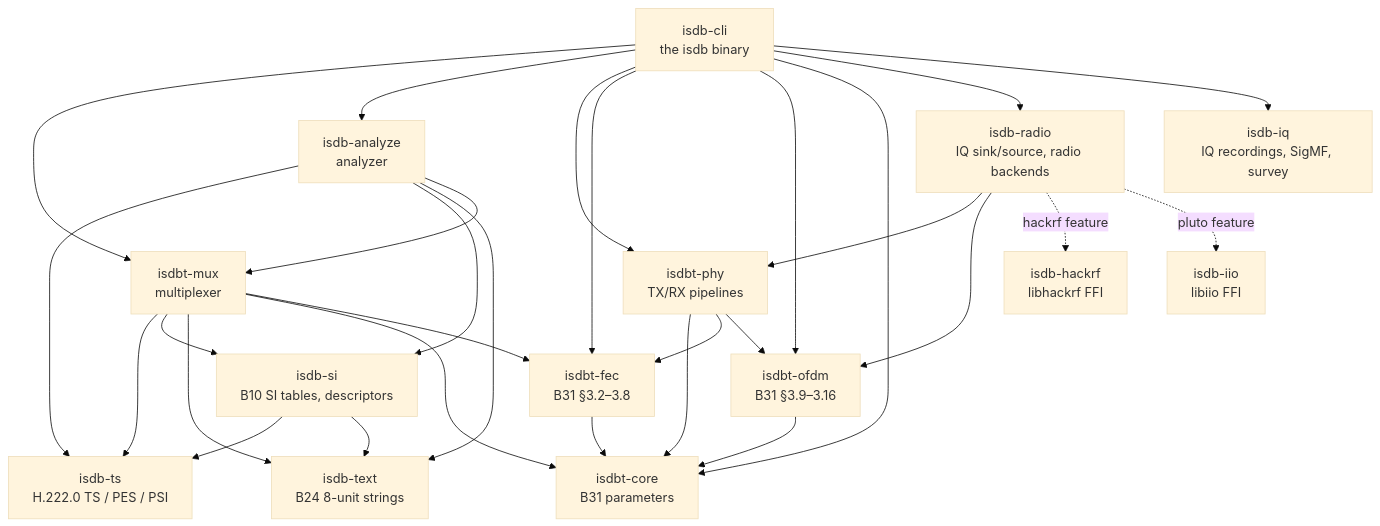
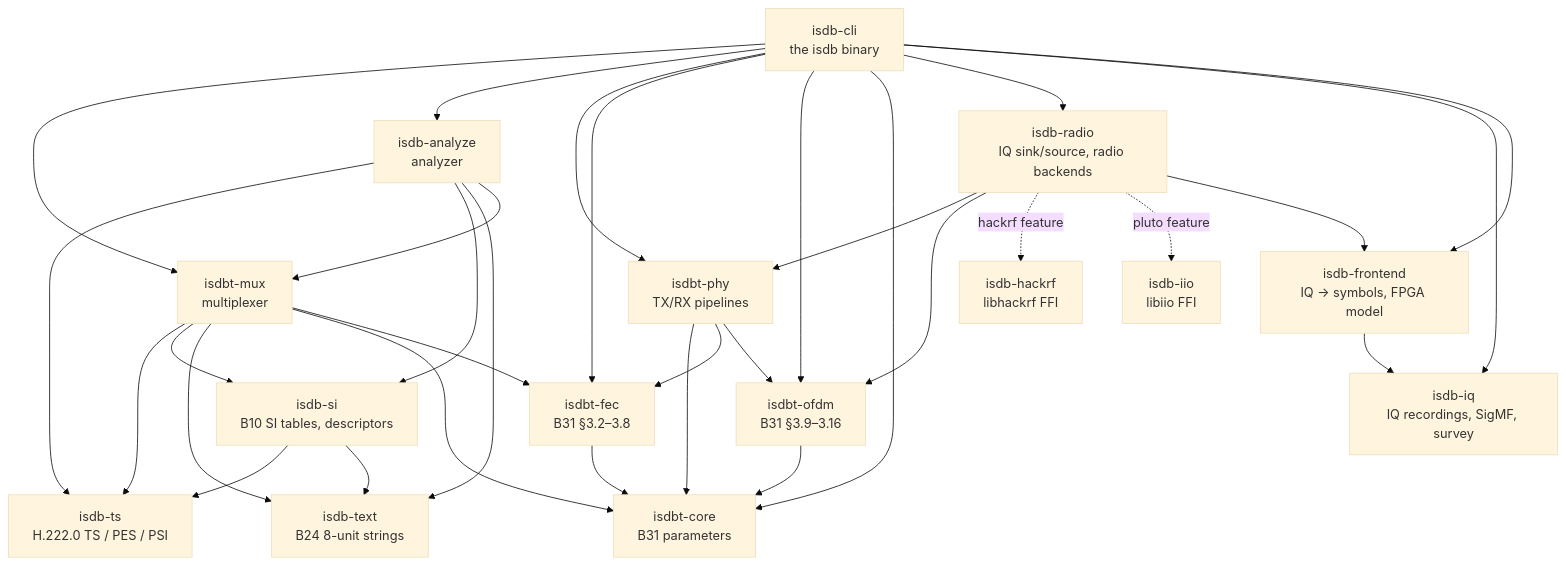
One commit to a1678991/isdb-rs changed the diagram in docs/architecture.md. Above: the diagram before and after it, drawn with Mermaid (base theme). The commit also changed other lines of this file and 6 other files, not shown here.

````diff
--- a/docs/architecture.md
+++ b/docs/architecture.md
@@ -39,46 +39,50 @@
 ```mermaid
 graph TD
   ts[isdb-ts<br/>H.222.0 TS / PES / PSI]
   text[isdb-text<br/>B24 8-unit strings]
   si[isdb-si<br/>B10 SI tables, descriptors]
   core[isdbt-core<br/>B31 parameters]
   fec[isdbt-fec<br/>B31 §3.2–3.8]
   ofdm[isdbt-ofdm<br/>B31 §3.9–3.16]
   phy[isdbt-phy<br/>TX/RX pipelines]
   mux[isdbt-mux<br/>multiplexer]
   ana[isdb-analyze<br/>analyzer]
   radio[isdb-radio<br/>IQ sink/source, radio backends]
   hrf[isdb-hackrf<br/>libhackrf FFI]
   iio[isdb-iio<br/>libiio FFI]
   iq[isdb-iq<br/>IQ recordings, SigMF, survey]
+  fe[isdb-frontend<br/>IQ → symbols, FPGA model]
   cli[isdb-cli<br/>the isdb binary]
 
   si --> ts
   si --> text
   mux --> ts
   mux --> si
   mux --> text
   mux --> core
   mux --> fec
   ana --> ts
   ana --> si
   ana --> text
   ana --> mux
   fec --> core
   ofdm --> core
   phy --> core
   phy --> fec
   phy --> ofdm
   radio --> phy
   radio --> ofdm
   radio -. "hackrf feature" .-> hrf
   radio -. "pluto feature" .-> iio
   cli --> mux
   cli --> ana
   cli --> phy
   cli --> fec
   cli --> ofdm
   cli --> core
   cli --> radio
   cli --> iq
+  cli --> fe
+  fe --> iq
+  radio --> fe
 ```
````
